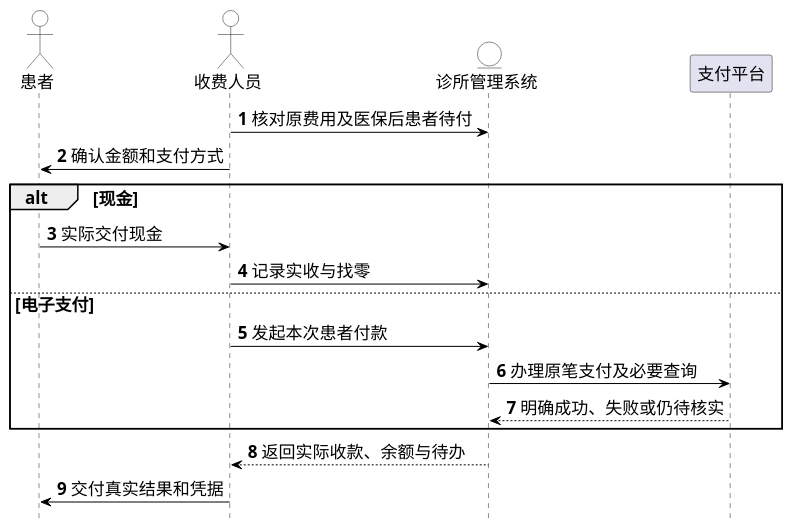
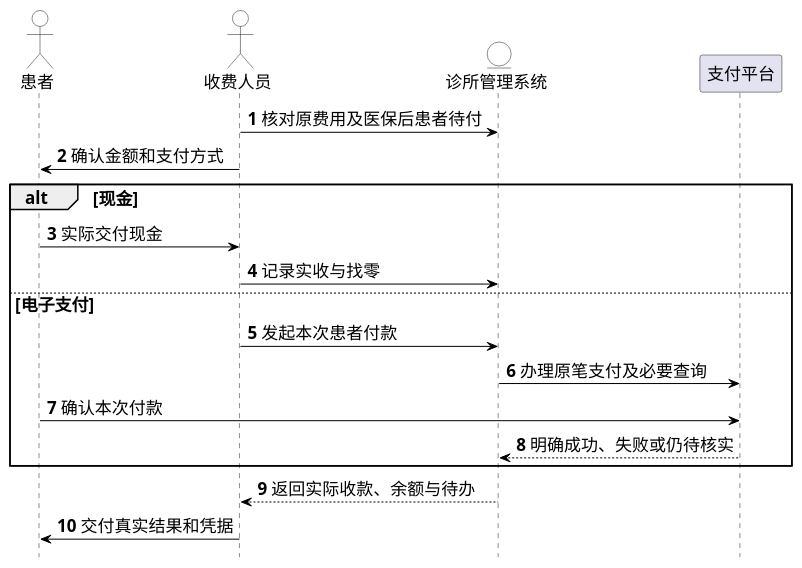
The diagram in 01-需求文档/diagrams/integrated-20261019/business-improved-5.puml (Shawmc-creator/systemAnalyseAndDesign), drawn with PlantUML before and after one commit. The commit also changed 53 other files, not shown here.

```diff
--- a/01-需求文档/diagrams/integrated-20261019/business-improved-5.puml
+++ b/01-需求文档/diagrams/integrated-20261019/business-improved-5.puml
@@ -1,37 +1,38 @@
 @startuml
 skinparam backgroundColor white
 skinparam shadowing false
 skinparam defaultFontName SimSun
 skinparam defaultFontSize 17
 skinparam ArrowColor black
 skinparam ClassBackgroundColor white
 skinparam ActorBackgroundColor white
 skinparam BoundaryBackgroundColor white
 skinparam ControlBackgroundColor white
 skinparam EntityBackgroundColor white
 skinparam NoteBackgroundColor white
 skinparam NoteBorderColor black
 skinparam classAttributeIconSize 0
 skinparam nodesep 24
 skinparam ranksep 34
 hide footbox
 autonumber
 skinparam maxMessageSize 150
 actor "患者" as P
 actor "收费人员" as C
 entity "诊所管理系统" as S
 participant "支付平台" as Pay
 C -> S : 核对原费用及医保后患者待付
 C -> P : 确认金额和支付方式
 alt 现金
  P -> C : 实际交付现金
  C -> S : 记录实收与找零
 else 电子支付
  C -> S : 发起本次患者付款
  S -> Pay : 办理原笔支付及必要查询
+ P -> Pay : 确认本次付款
  Pay --> S : 明确成功、失败或仍待核实
 end
 S --> C : 返回实际收款、余额与待办
 C -> P : 交付真实结果和凭据
 
 @enduml
```
